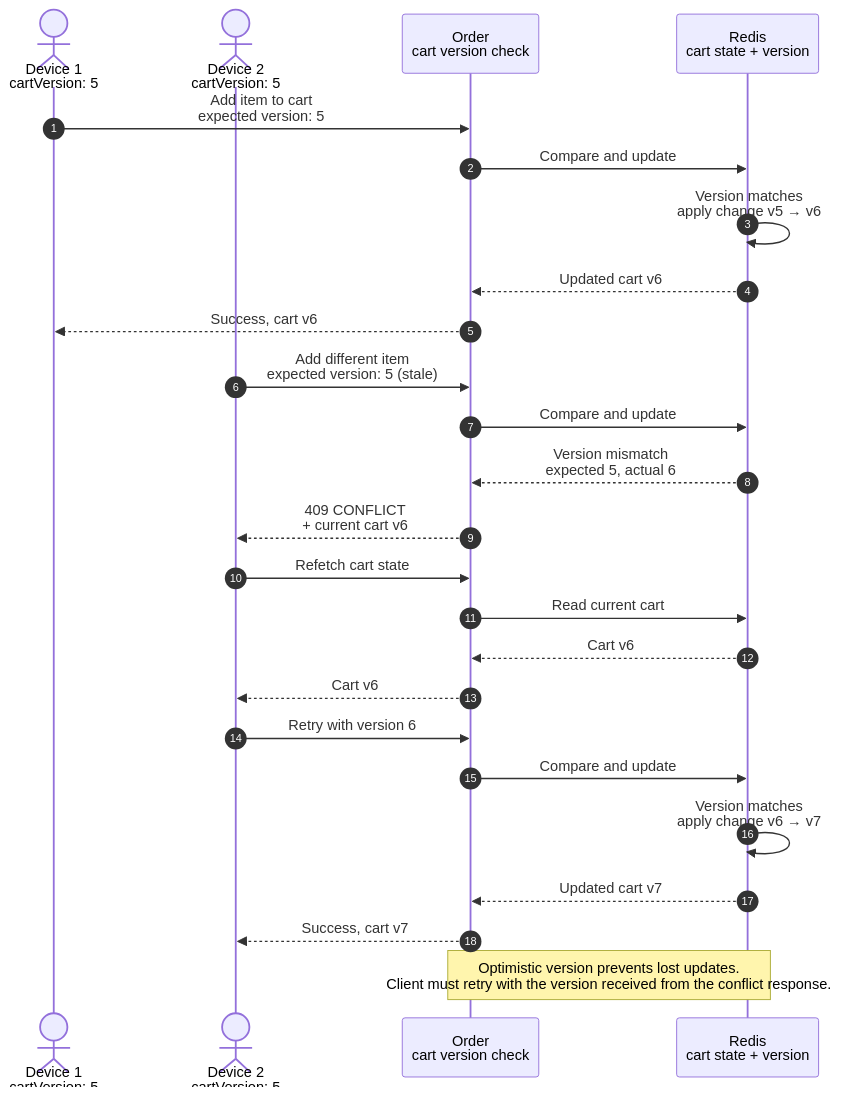
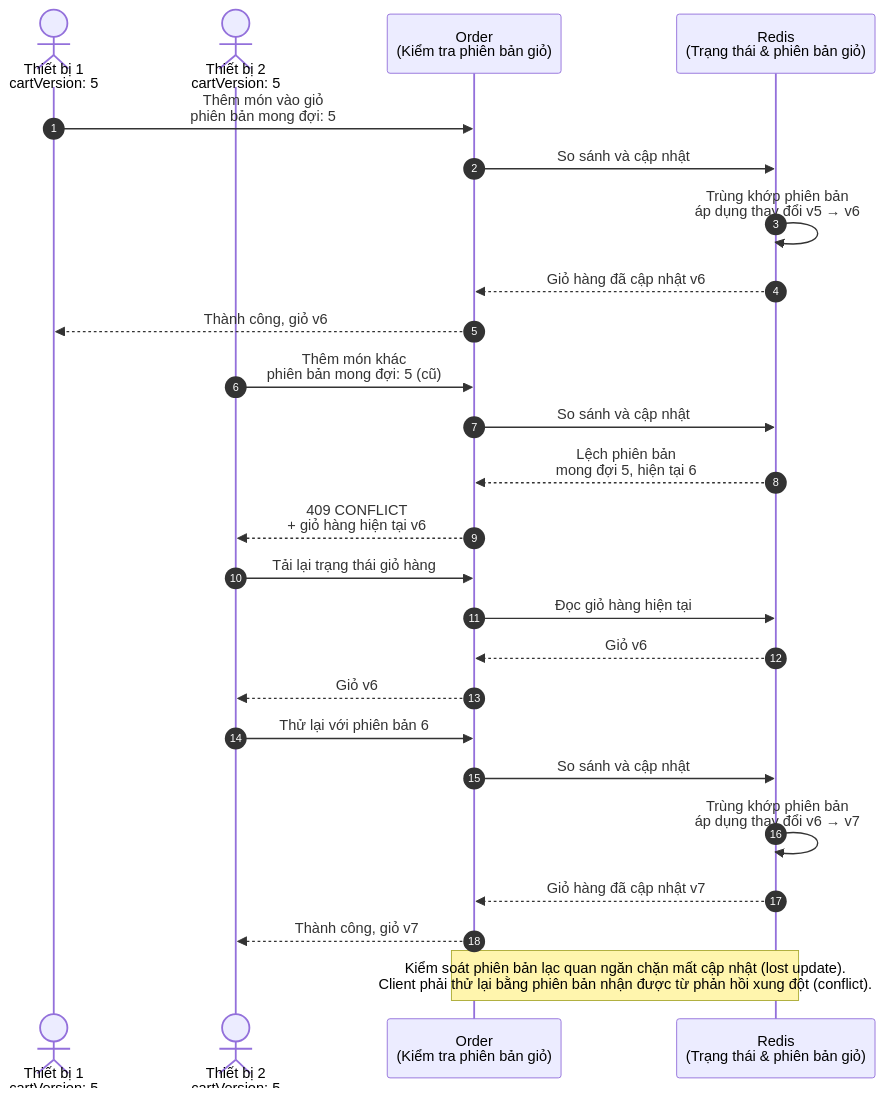
One commit to quan-vo-dinh/saas-pos-microservices-qrtable changed the diagram in docs/graduation-thesis-resources/thesis-report/assets/diagrams/chapter5-shared-cart-version.mmd. Above: the diagram before and after it, drawn with Mermaid. The commit also changed other lines of this file and 98 other files, not shown here.

```diff
--- a/docs/graduation-thesis-resources/thesis-report/assets/diagrams/chapter5-shared-cart-version.mmd
+++ b/docs/graduation-thesis-resources/thesis-report/assets/diagrams/chapter5-shared-cart-version.mmd
@@ -1,31 +1,31 @@
 
 sequenceDiagram
   autonumber
-  actor Device1 as Device 1<br/>cartVersion: 5
-  actor Device2 as Device 2<br/>cartVersion: 5
-  participant Order as Order<br/>cart version check
-  participant Redis as Redis<br/>cart state + version
+  actor Device1 as Thiết bị 1<br/>cartVersion: 5
+  actor Device2 as Thiết bị 2<br/>cartVersion: 5
+  participant Order as Order<br/>(Kiểm tra phiên bản giỏ)
+  participant Redis as Redis<br/>(Trạng thái & phiên bản giỏ)
 
-  Device1->>Order: Add item to cart<br/>expected version: 5
-  Order->>Redis: Compare and update
-  Redis->>Redis: Version matches<br/>apply change v5 → v6
-  Redis-->>Order: Updated cart v6
-  Order-->>Device1: Success, cart v6
+  Device1->>Order: Thêm món vào giỏ<br/>phiên bản mong đợi: 5
+  Order->>Redis: So sánh và cập nhật
+  Redis->>Redis: Trùng khớp phiên bản<br/>áp dụng thay đổi v5 → v6
+  Redis-->>Order: Giỏ hàng đã cập nhật v6
+  Order-->>Device1: Thành công, giỏ v6
 
-  Device2->>Order: Add different item<br/>expected version: 5 (stale)
-  Order->>Redis: Compare and update
-  Redis-->>Order: Version mismatch<br/>expected 5, actual 6
-  Order-->>Device2: 409 CONFLICT<br/>+ current cart v6
+  Device2->>Order: Thêm món khác<br/>phiên bản mong đợi: 5 (cũ)
+  Order->>Redis: So sánh và cập nhật
+  Redis-->>Order: Lệch phiên bản<br/>mong đợi 5, hiện tại 6
+  Order-->>Device2: 409 CONFLICT<br/>+ giỏ hàng hiện tại v6
 
-  Device2->>Order: Refetch cart state
-  Order->>Redis: Read current cart
-  Redis-->>Order: Cart v6
-  Order-->>Device2: Cart v6
+  Device2->>Order: Tải lại trạng thái giỏ hàng
+  Order->>Redis: Đọc giỏ hàng hiện tại
+  Redis-->>Order: Giỏ v6
+  Order-->>Device2: Giỏ v6
 
-  Device2->>Order: Retry with version 6
-  Order->>Redis: Compare and update
-  Redis->>Redis: Version matches<br/>apply change v6 → v7
-  Redis-->>Order: Updated cart v7
-  Order-->>Device2: Success, cart v7
+  Device2->>Order: Thử lại với phiên bản 6
+  Order->>Redis: So sánh và cập nhật
+  Redis->>Redis: Trùng khớp phiên bản<br/>áp dụng thay đổi v6 → v7
+  Redis-->>Order: Giỏ hàng đã cập nhật v7
+  Order-->>Device2: Thành công, giỏ v7
 
-  Note over Order,Redis: Optimistic version prevents lost updates.<br/>Client must retry with the version received from the conflict response.
+  Note over Order,Redis: Kiểm soát phiên bản lạc quan ngăn chặn mất cập nhật (lost update).<br/>Client phải thử lại bằng phiên bản nhận được từ phản hồi xung đột (conflict).
```
